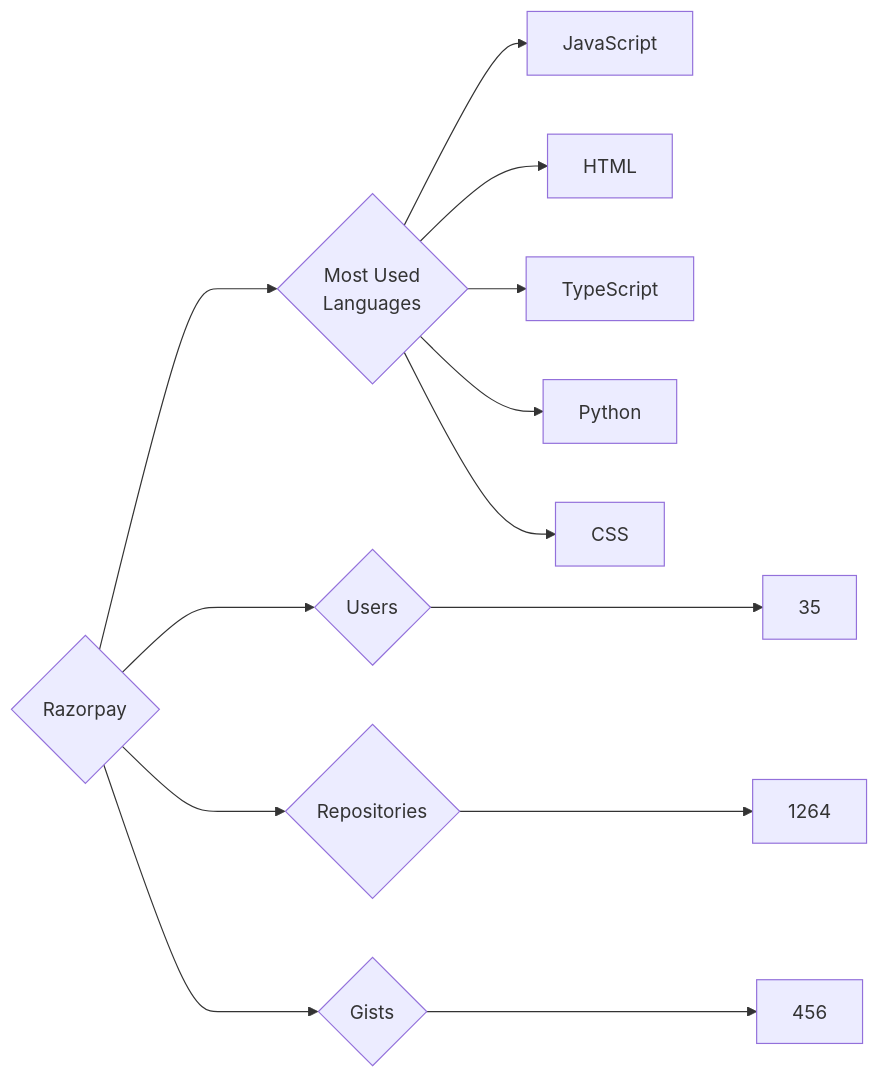
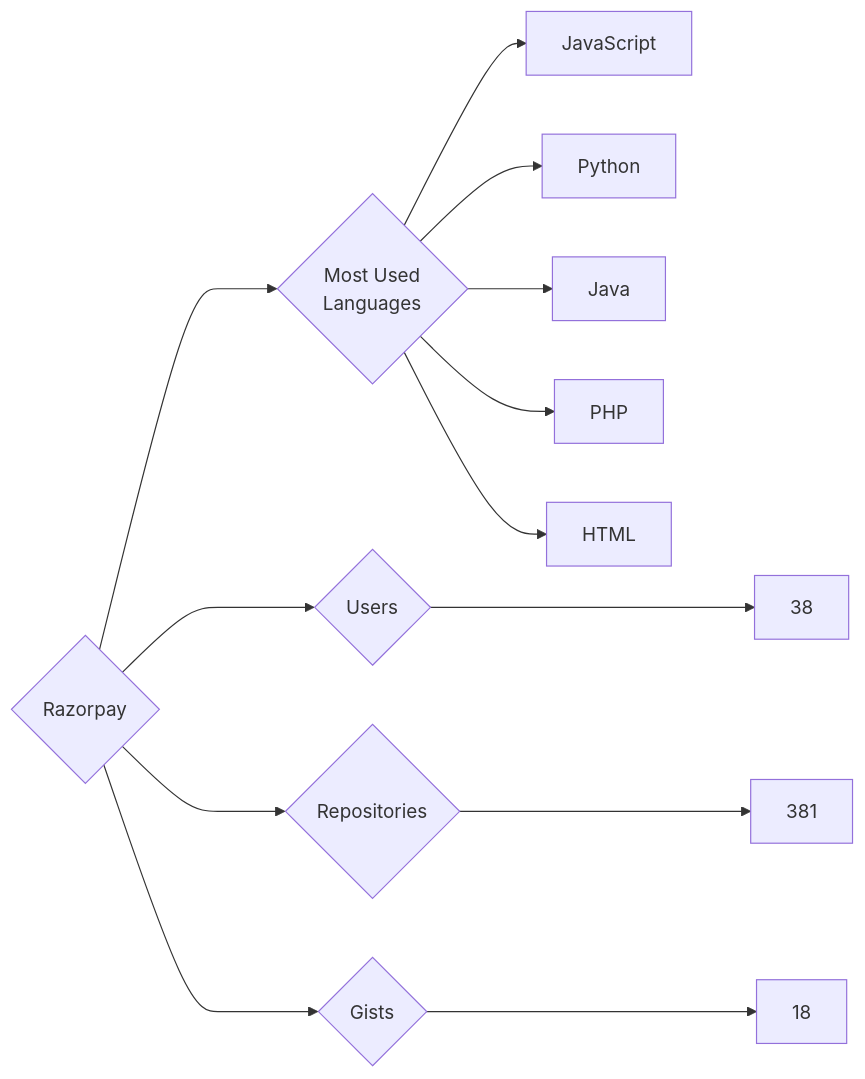
Before and after one commit to trickest/insiders: the diagram in targets/Razorpay/README.md, drawn with Mermaid. The commit also changed 582 other files, not shown here.

````diff
--- a/targets/Razorpay/README.md
+++ b/targets/Razorpay/README.md
@@ -3,13 +3,13 @@
 ```mermaid
 graph LR
 COMPANY_NAME{Razorpay}
-COMPANY_NAME ---> U{Users} ---> UN[35]
-COMPANY_NAME ---> R{Repositories} ---> RN[1264]
-COMPANY_NAME ---> G{Gists} ---> GN[456]
+COMPANY_NAME ---> U{Users} ---> UN[38]
+COMPANY_NAME ---> R{Repositories} ---> RN[381]
+COMPANY_NAME ---> G{Gists} ---> GN[18]
 COMPANY_NAME ---> ML{Most Used<br>Languages}
 ML --> JavaScript[JavaScript]
+ML --> Python[Python]
+ML --> Java[Java]
+ML --> PHP[PHP]
 ML --> HTML[HTML]
-ML --> TypeScript[TypeScript]
-ML --> Python[Python]
-ML --> CSS[CSS]
 ```
````
